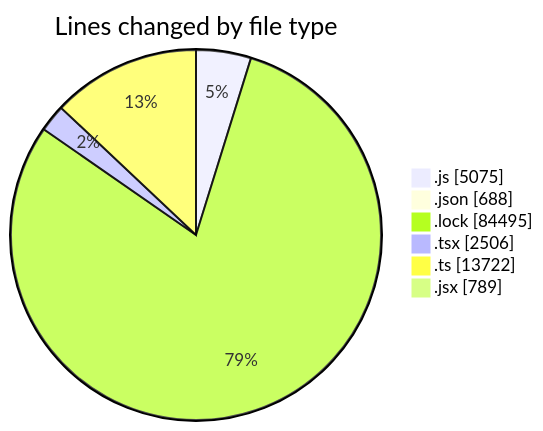
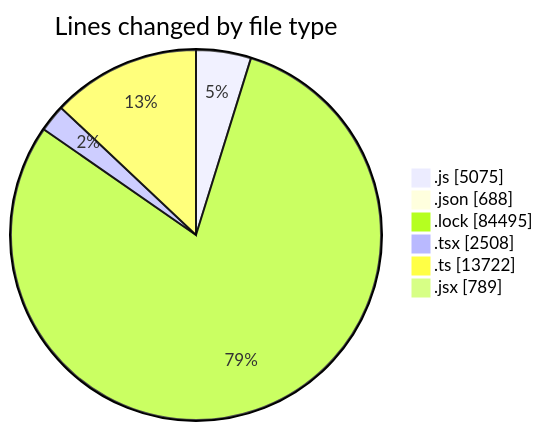
Before and after one commit to momahboobian/code-tracking: the first of 2 diagrams in 2025-12-18/cda/README.md, drawn with Mermaid. The commit also changed other lines of this file and 1 other file, not shown here.

````diff
--- a/2025-12-18/cda/README.md
+++ b/2025-12-18/cda/README.md
@@ -88,10 +88,10 @@
 ```mermaid
 pie showData
 title Lines changed by file type
 ".js" : 5075
 ".json" : 688
 ".lock" : 84495
-".tsx" : 2506
+".tsx" : 2508
 ".ts" : 13722
 ".jsx" : 789
 ```
````
